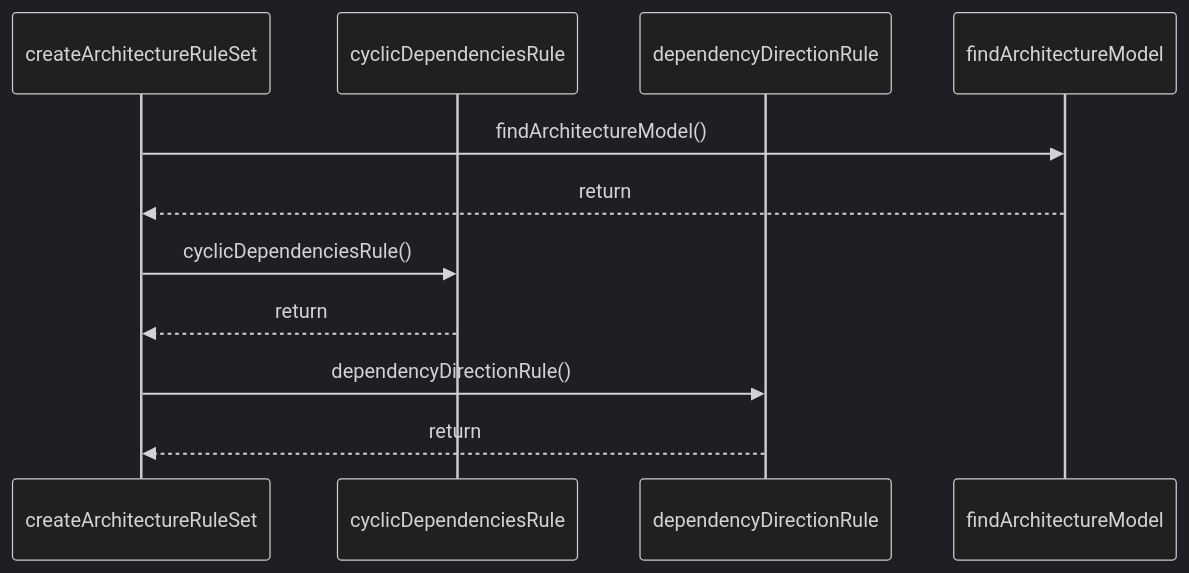
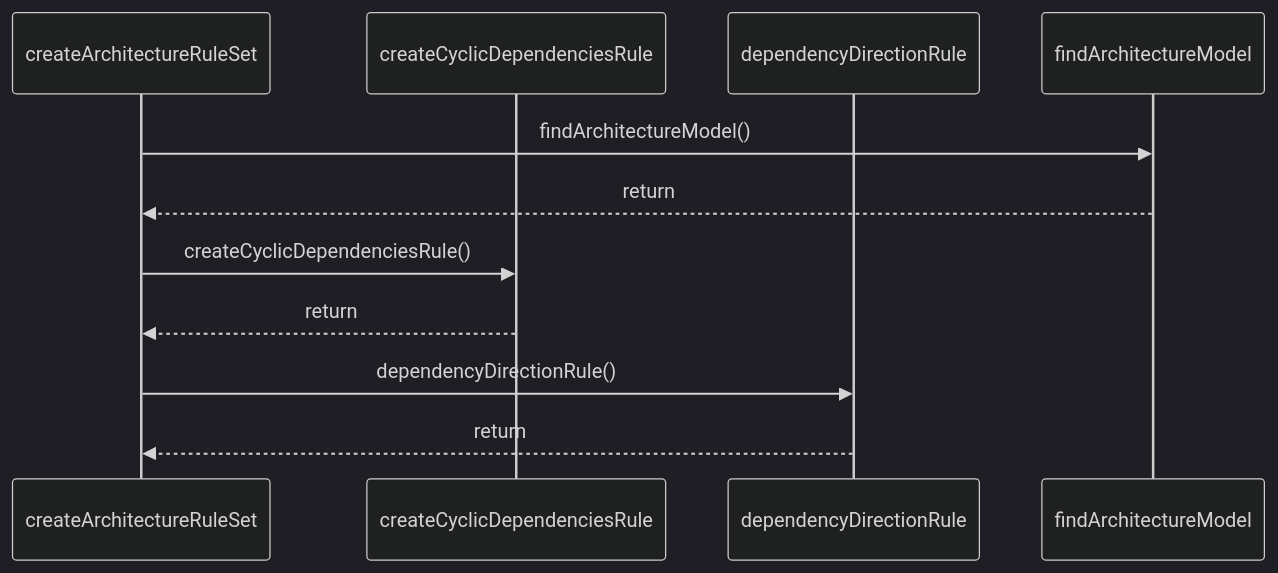
One commit to ankhorage/rules-architecture changed the diagram in paradox/diagrams/sequences/create-architecture-rule-set.mmd. Above: the diagram before and after it, drawn with Mermaid (dark theme). The commit also changed 13 other files, not shown here.

```diff
--- a/paradox/diagrams/sequences/create-architecture-rule-set.mmd
+++ b/paradox/diagrams/sequences/create-architecture-rule-set.mmd
@@ -1,11 +1,11 @@
 sequenceDiagram
   participant participant_createArchitectureRuleSet as createArchitectureRuleSet
-  participant participant_cyclicDependenciesRule as cyclicDependenciesRule
+  participant participant_createCyclicDependenciesRule as createCyclicDependenciesRule
   participant participant_dependencyDirectionRule as dependencyDirectionRule
   participant participant_findArchitectureModel as findArchitectureModel
   participant_createArchitectureRuleSet->>participant_findArchitectureModel: findArchitectureModel()
   participant_findArchitectureModel-->>participant_createArchitectureRuleSet: return
-  participant_createArchitectureRuleSet->>participant_cyclicDependenciesRule: cyclicDependenciesRule()
-  participant_cyclicDependenciesRule-->>participant_createArchitectureRuleSet: return
+  participant_createArchitectureRuleSet->>participant_createCyclicDependenciesRule: createCyclicDependenciesRule()
+  participant_createCyclicDependenciesRule-->>participant_createArchitectureRuleSet: return
   participant_createArchitectureRuleSet->>participant_dependencyDirectionRule: dependencyDirectionRule()
   participant_dependencyDirectionRule-->>participant_createArchitectureRuleSet: return
```
